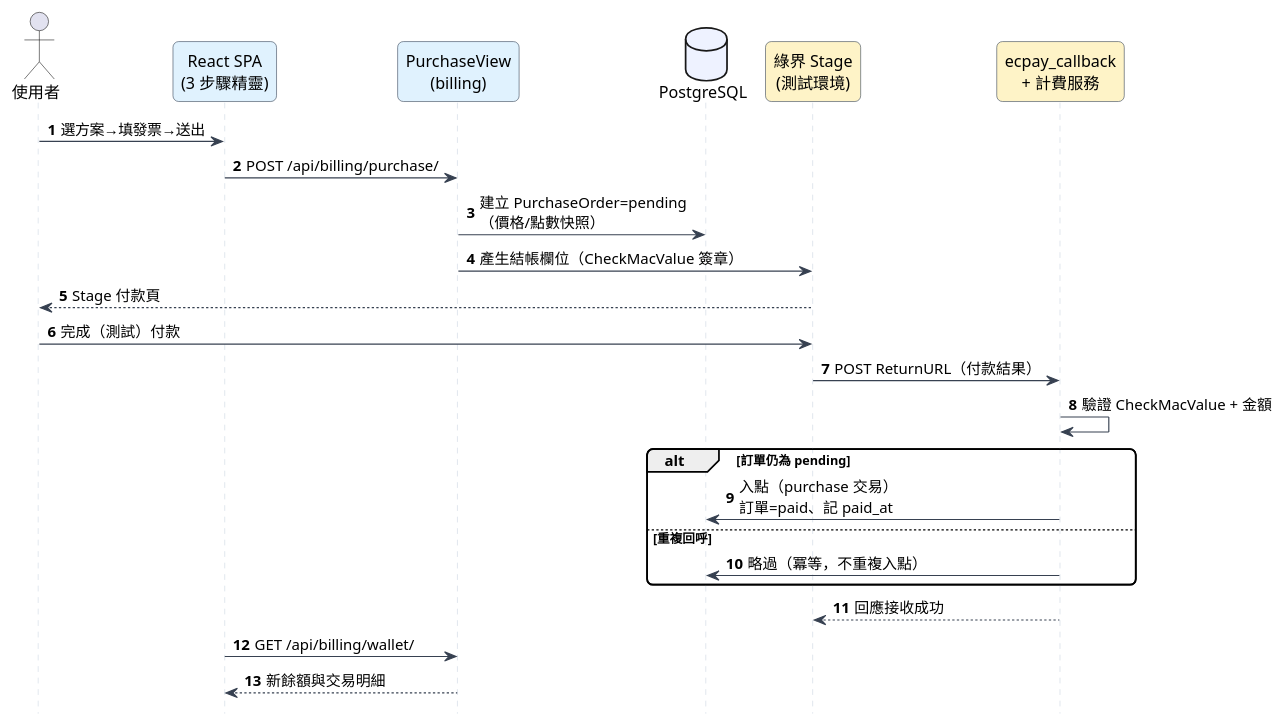
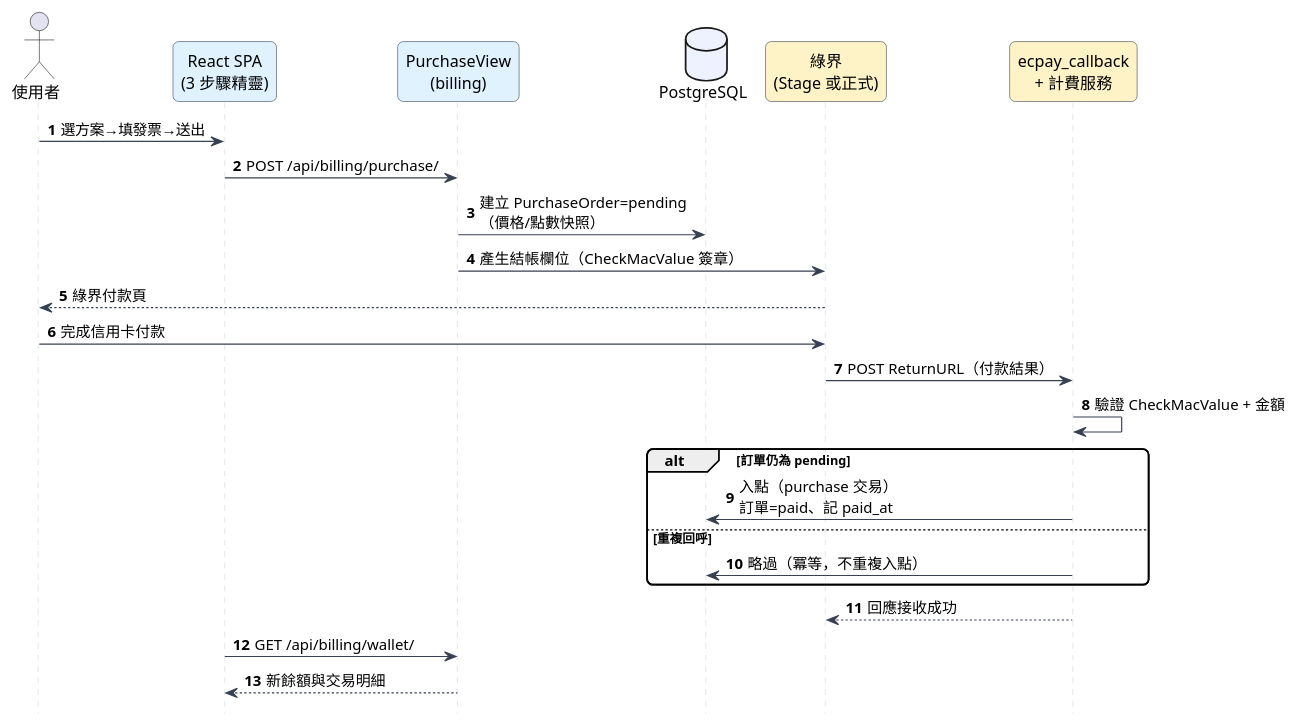
Before and after one commit to Djude1/Argus_WebsiteDiagnosticPlatform: diagram 19 of 25 in 專題文件生成/設計文件_圖表與成本模組.md, drawn with PlantUML. The commit also changed other lines of this file and 77 other files, not shown here.

````diff
--- a/專題文件生成/設計文件_圖表與成本模組.md
+++ b/專題文件生成/設計文件_圖表與成本模組.md
@@ -1058,40 +1058,40 @@
 ```plantuml
 @startuml
 skinparam defaultFontName Microsoft JhengHei
 skinparam shadowing false
 skinparam roundcorner 10
 skinparam sequence {
   ArrowColor #374151
   LifeLineBorderColor #CBD5E1
   LifeLineBackgroundColor #F8FAFC
   ParticipantBorderColor #334155
   ParticipantBackgroundColor #E0F2FE
 }
 hide footbox
 autonumber
 
 actor "使用者" as User
 participant "React SPA\n(3 步驟精靈)" as SPA
 participant "PurchaseView\n(billing)" as API #E0F2FE
 database "PostgreSQL" as DB #EEF2FF
-participant "綠界 Stage\n(測試環境)" as ECPay #FEF3C7
+participant "綠界\n(Stage 或正式)" as ECPay #FEF3C7
 participant "ecpay_callback\n+ 計費服務" as CB #FEF3C7
 
 User -> SPA : 選方案→填發票→送出
 SPA -> API : POST /api/billing/purchase/
 API -> DB : 建立 PurchaseOrder=pending\n（價格/點數快照）
 API -> ECPay : 產生結帳欄位（CheckMacValue 簽章）
-ECPay --> User : Stage 付款頁
-User -> ECPay : 完成（測試）付款
+ECPay --> User : 綠界付款頁
+User -> ECPay : 完成信用卡付款
 ECPay -> CB : POST ReturnURL（付款結果）
 CB -> CB : 驗證 CheckMacValue + 金額
 alt 訂單仍為 pending
   CB -> DB : 入點（purchase 交易）\n訂單=paid、記 paid_at
 else 重複回呼
   CB -> DB : 略過（冪等，不重複入點）
 end
 CB --> ECPay : 回應接收成功
 SPA -> API : GET /api/billing/wallet/
 API --> SPA : 新餘額與交易明細
 @enduml
 ```
````
